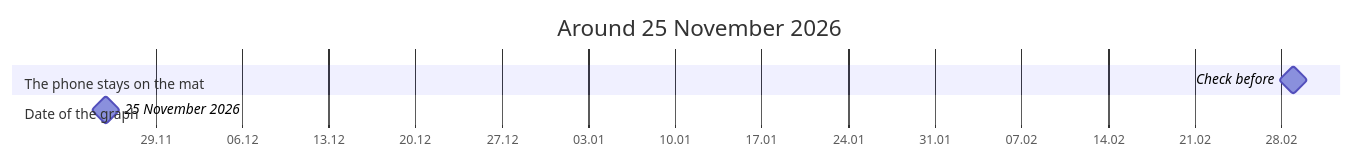
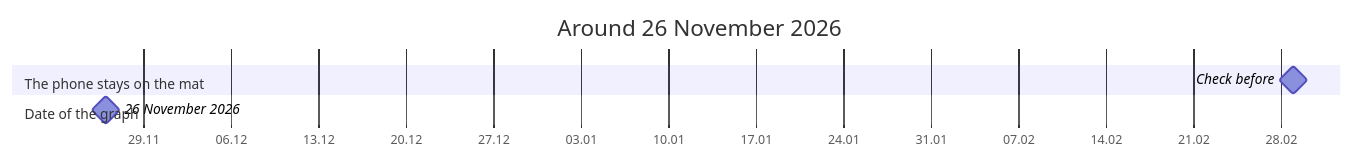
Before and after one commit to advancedcognitivesystems-ai/trame: the diagram in apps/poselia/docs/timeline.md, drawn with Mermaid. The commit also changed other lines of this file and 245 other files, not shown here.

````diff
--- a/apps/poselia/docs/timeline.md
+++ b/apps/poselia/docs/timeline.md
@@ -5,10 +5,10 @@
 ```mermaid
 gantt
   dateFormat YYYY-MM-DD
   axisFormat %d.%m
-  title Around 25 November 2026
+  title Around 26 November 2026
   section The phone stays on the mat
     Check before : milestone, 2027-03-01, 0d
   section Date of the graph
-    25 November 2026 : milestone, 2026-11-25, 0d
+    26 November 2026 : milestone, 2026-11-26, 0d
 ```
````
